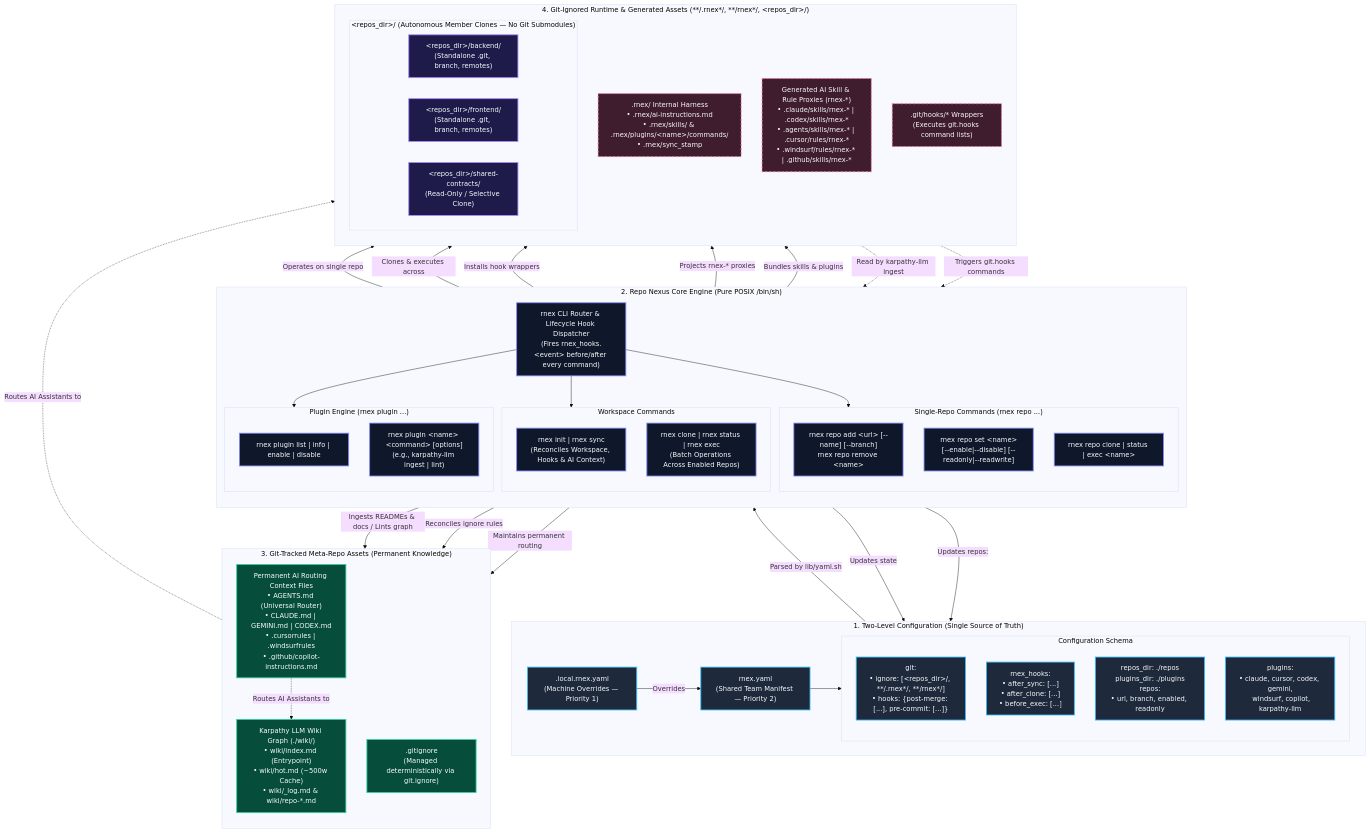
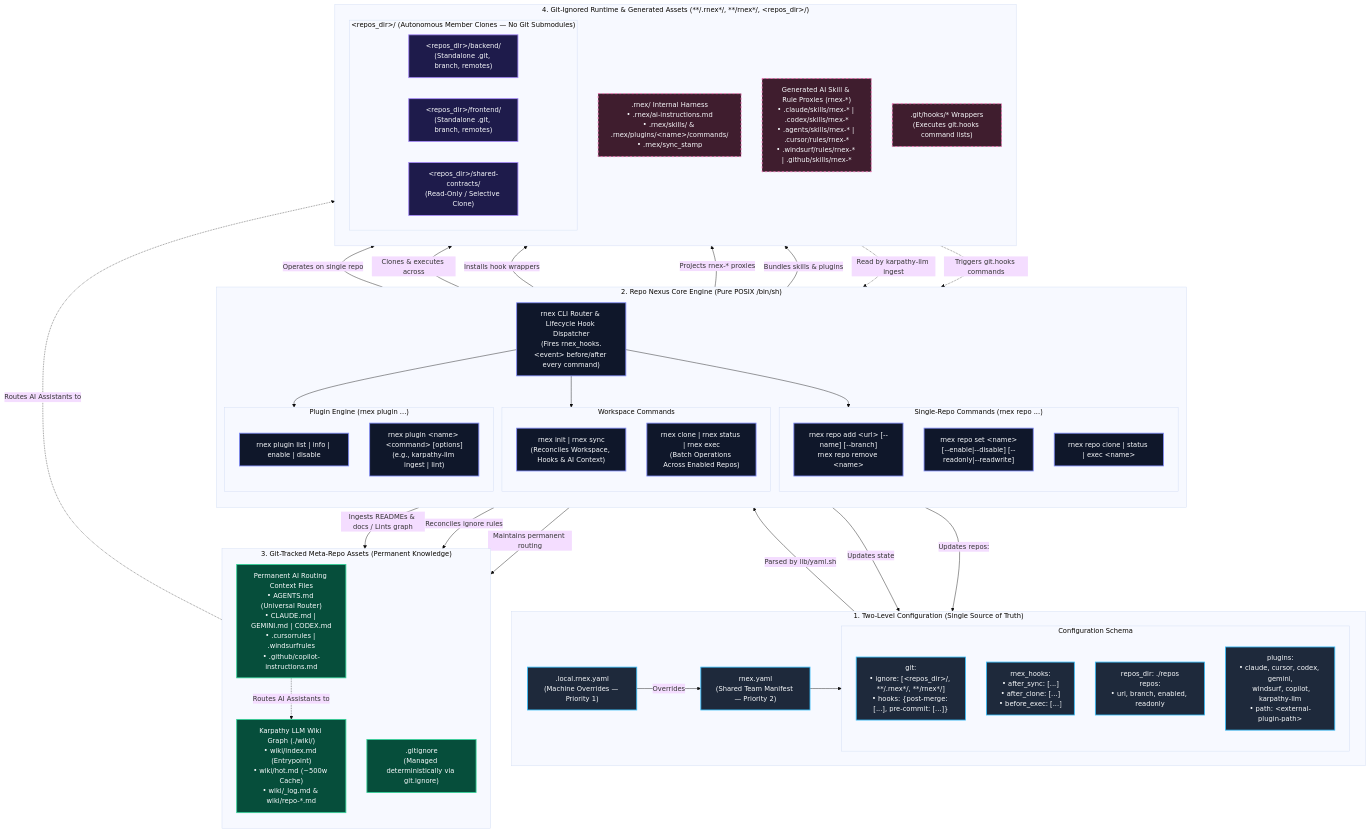
The diagram in docs/documentation/architecture.md (unoxen/repo-nexus), drawn with Mermaid (base theme) before and after one commit. The commit also changed other lines of this file and 25 other files, not shown here.

Commit message:
refactor: remove global plugins_dir and support per-plugin external paths

```diff
--- a/docs/documentation/architecture.md
+++ b/docs/documentation/architecture.md
@@ -31,8 +31,8 @@
         subgraph SchemaSections["Configuration Schema"]
             GitSchema["git:<br/>• ignore: [&lt;repos_dir&gt;/, **/.rnex*/, **/rnex*/]<br/>• hooks: {post-merge: [...], pre-commit: [...]}"]:::config
             RnexHooksSchema["rnex_hooks:<br/>• after_sync: [...]<br/>• after_clone: [...]<br/>• before_exec: [...]"]:::config
-            ReposSchema["repos_dir: ./repos<br/>plugins_dir: ./plugins<br/>repos:<br/>• url, branch, enabled, readonly"]:::config
-            PluginsSchema["plugins:<br/>• claude, cursor, codex, gemini,<br/>  windsurf, copilot, karpathy-llm"]:::config
+            ReposSchema["repos_dir: ./repos<br/>repos:<br/>• url, branch, enabled, readonly"]:::config
+            PluginsSchema["plugins:<br/>• claude, cursor, codex, gemini,<br/>  windsurf, copilot, karpathy-llm<br/>• path: &lt;external-plugin-path&gt;"]:::config
         end
 
         LocalYaml -->|Overrides| SharedYaml
```
